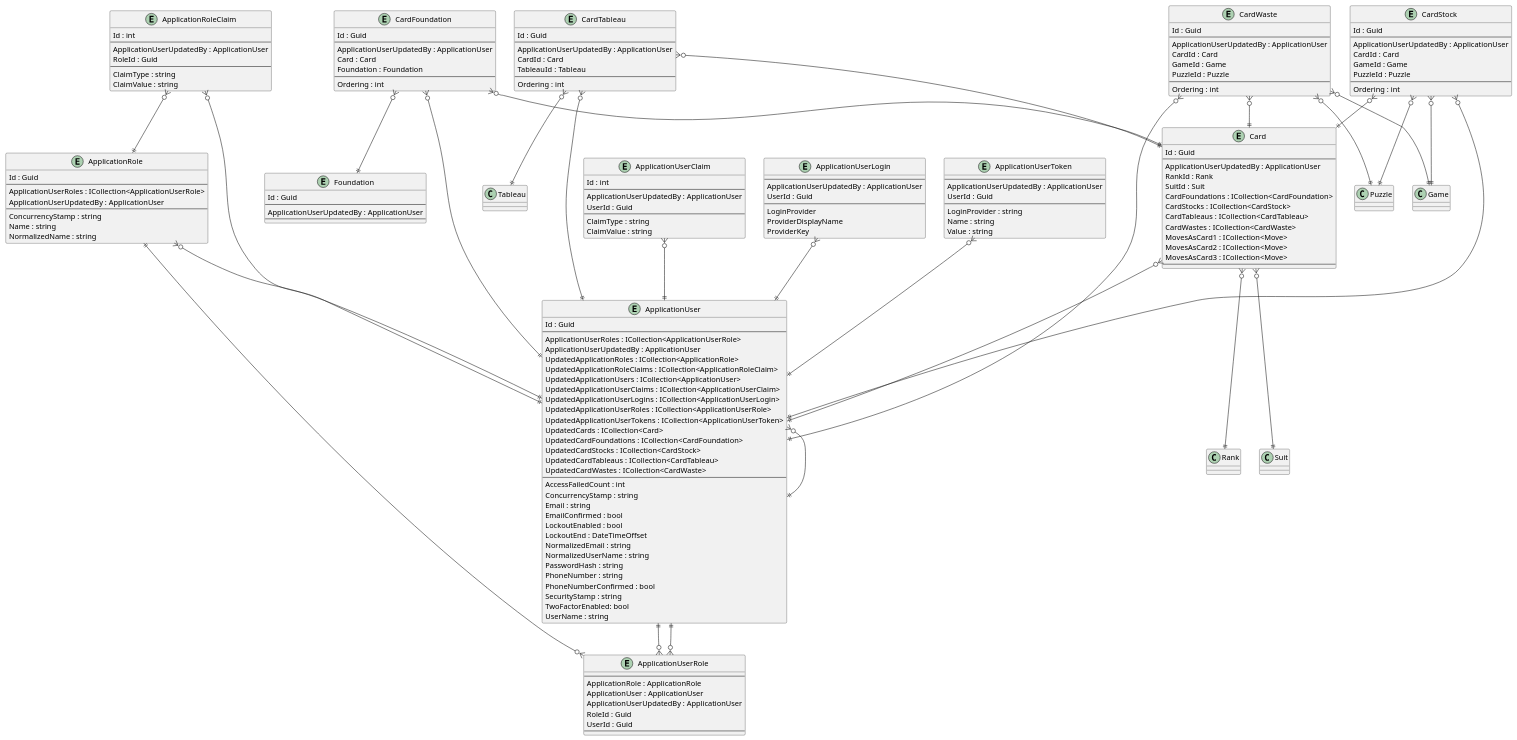
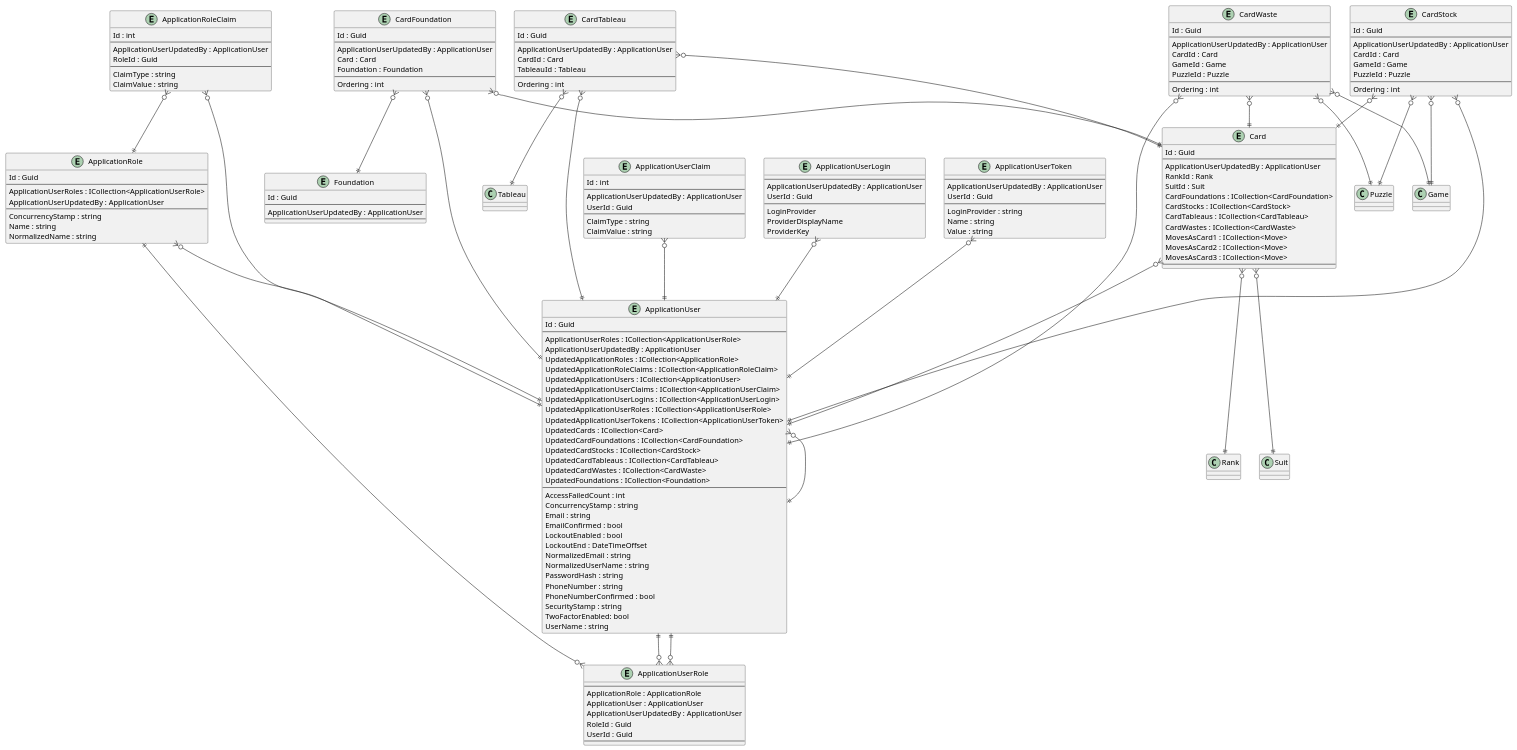
The diagram in .docs/Intrepion.KlondikeSolitaire.pu (intrepion/intrepion_klondike-solitaire_csharp), drawn with PlantUML before and after one commit.

```diff
--- a/.docs/Intrepion.KlondikeSolitaire.pu
+++ b/.docs/Intrepion.KlondikeSolitaire.pu
@@ -38,6 +38,7 @@
     UpdatedCardStocks : ICollection<CardStock>
     UpdatedCardTableaus : ICollection<CardTableau>
     UpdatedCardWastes : ICollection<CardWaste>
+    UpdatedFoundations : ICollection<Foundation>
     ' ApplicationUserKeyCodePlaceholder
     --
     AccessFailedCount : int
```
